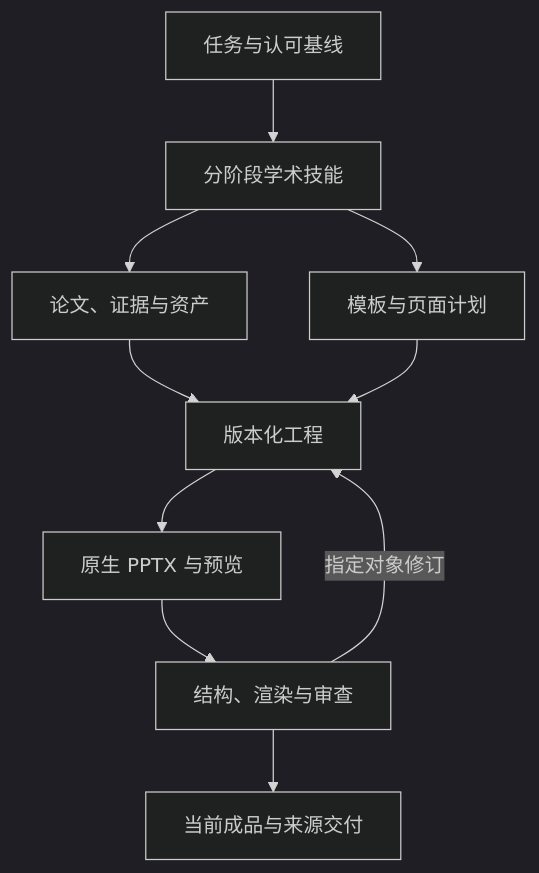
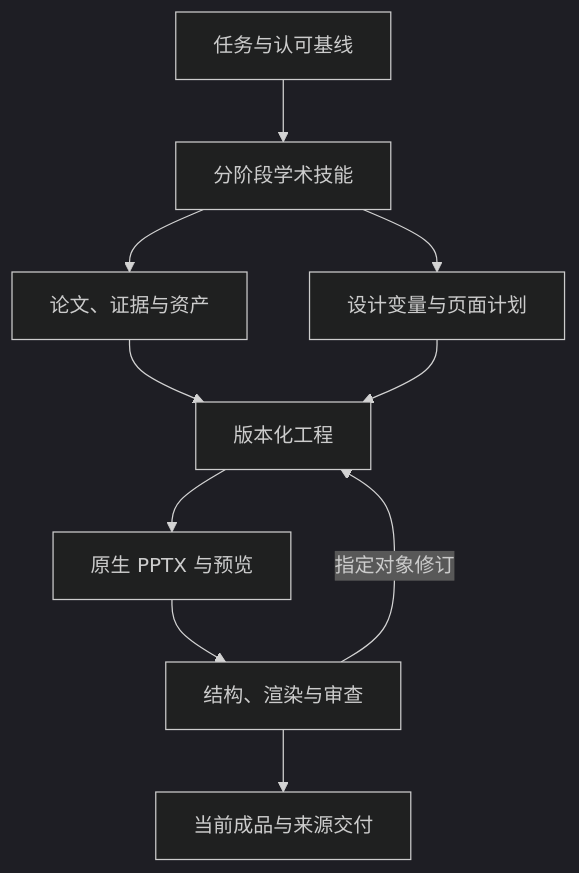
The diagram in docs/DESIGN.md (YuZhou0311/dsh-academic-ppt), drawn with Mermaid (dark theme) before and after one commit. The commit also changed other lines of this file and 43 other files, not shown here.

````diff
--- a/docs/DESIGN.md
+++ b/docs/DESIGN.md
@@ -35,12 +37,12 @@
 ```mermaid
 flowchart TD
     U["任务与认可基线"] --> W["分阶段学术技能"]
     W --> E["论文、证据与资产"]
-    W --> T["模板与页面计划"]
+    W --> T["设计变量与页面计划"]
     E --> P["版本化工程"]
     T --> P
     P --> R["原生 PPTX 与预览"]
     R --> Q["结构、渲染与审查"]
     Q -->|"指定对象修订"| P
     Q --> D["当前成品与来源交付"]
 ```
````
